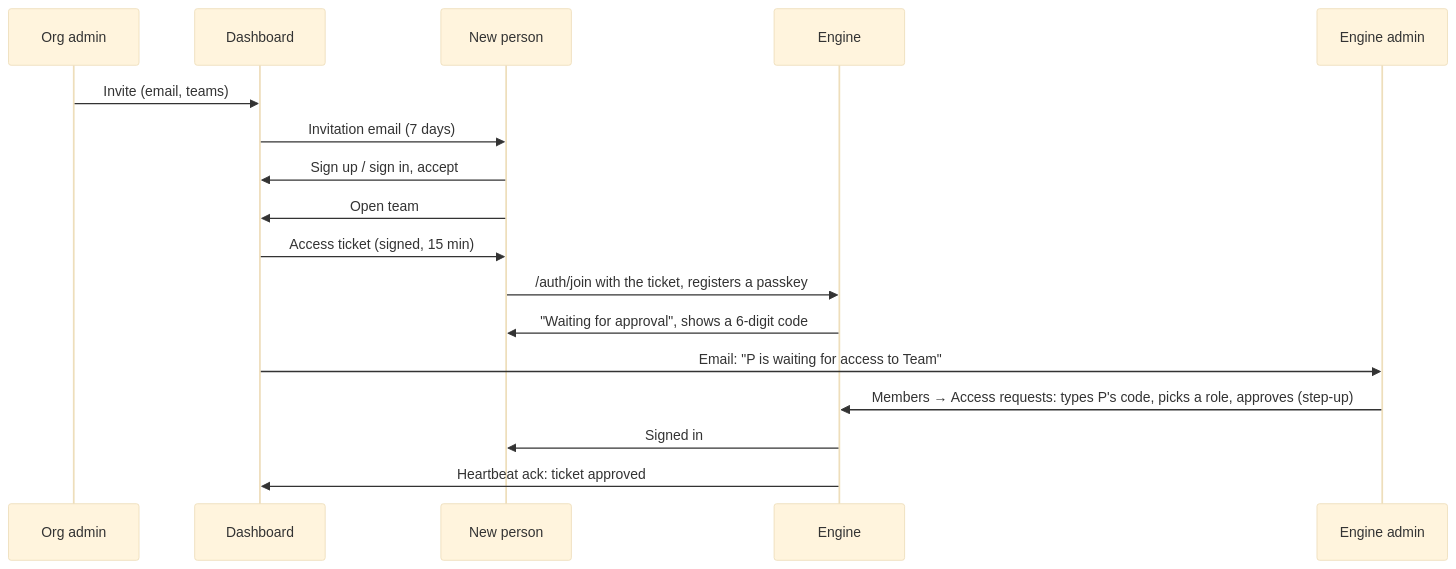
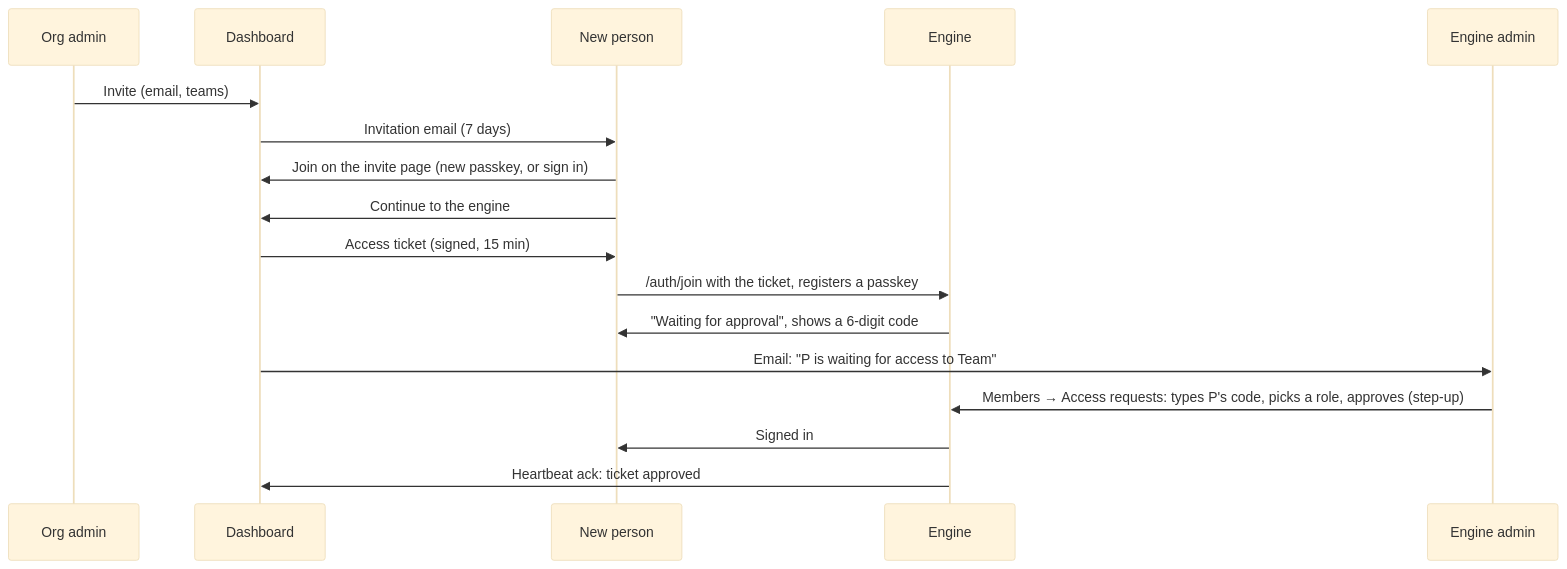
Before and after one commit to webgptorg/app: the diagram in docs/spec/teams.md, drawn with Mermaid (base theme). The commit also changed other lines of this file and 35 other files, not shown here.

First line of the commit message:
feat(dashboard): join from an invite in one step and continue into the engine (#304)

````diff
--- a/docs/spec/teams.md
+++ b/docs/spec/teams.md
@@ -94,19 +94,19 @@
 ```mermaid
 sequenceDiagram
     participant A as Org admin
     participant D as Dashboard
     participant P as New person
     participant E as Engine
     participant M as Engine admin
     A->>D: Invite (email, teams)
     D->>P: Invitation email (7 days)
-    P->>D: Sign up / sign in, accept
-    P->>D: Open team
+    P->>D: Join on the invite page (new passkey, or sign in)
+    P->>D: Continue to the engine
     D->>P: Access ticket (signed, 15 min)
     P->>E: /auth/join with the ticket, registers a passkey
     E->>P: "Waiting for approval", shows a 6-digit code
     D->>M: Email: "P is waiting for access to Team"
     M->>E: Members → Access requests: types P's code, picks a role, approves (step-up)
     E->>P: Signed in
     E->>D: Heartbeat ack: ticket approved
 ```
````
